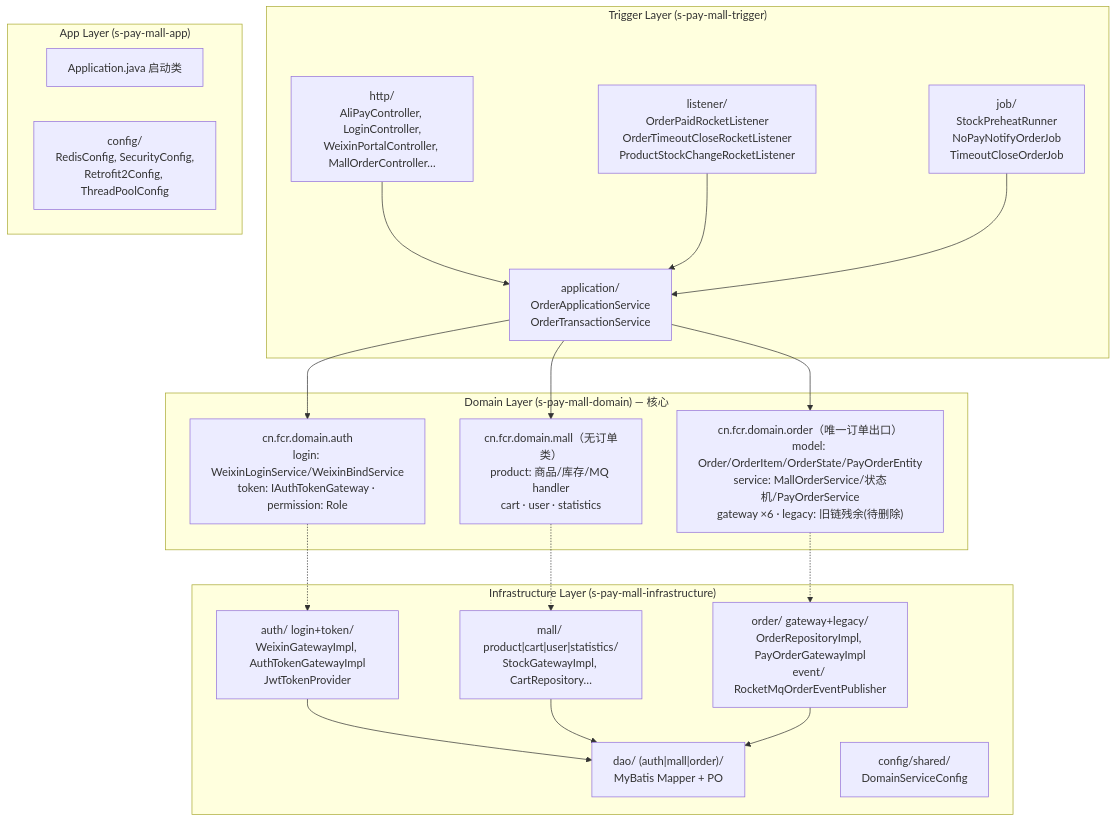
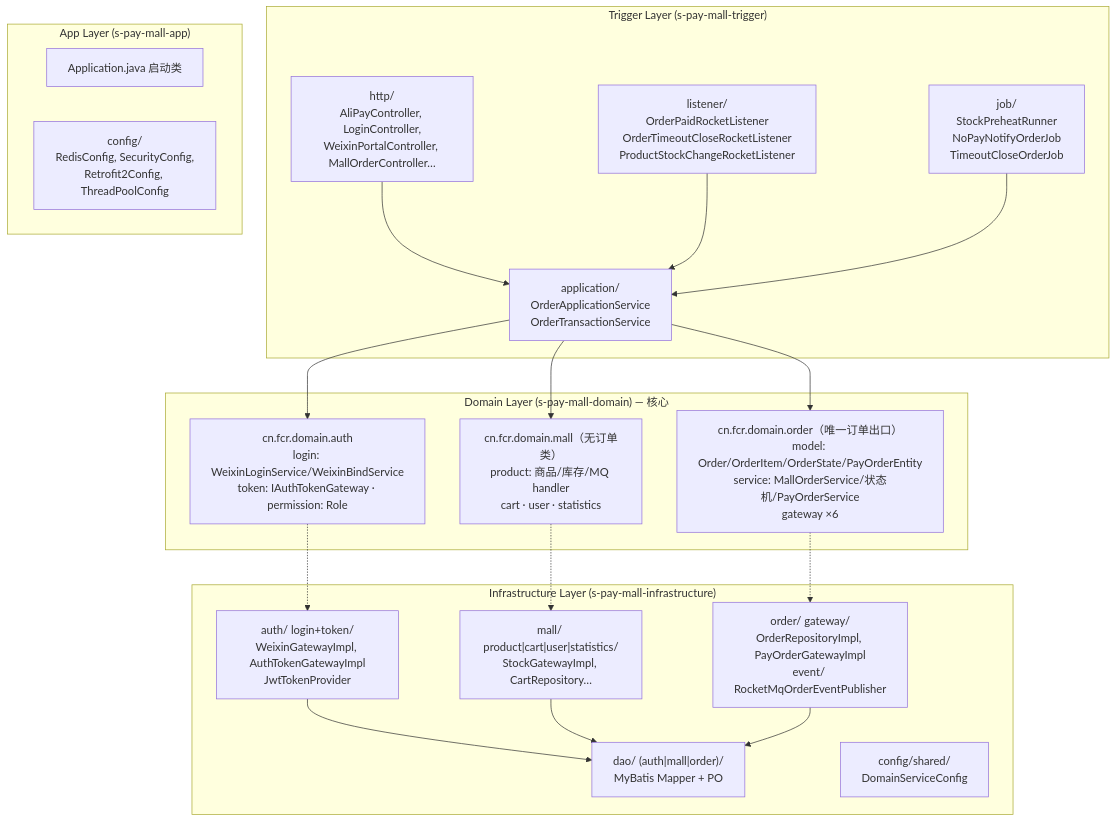
Before and after one commit to sxlva/s-pay-mall: the first of 2 diagrams in docs/design/README.md, drawn with Mermaid. The commit also changed other lines of this file and 23 other files, not shown here.

Commit message:
refactor(order): legacy 整体下线——删旧链双包与绑定测试，守卫规则 5 防回潮，P0-1 关闭（步骤C）

````diff
--- a/docs/design/README.md
+++ b/docs/design/README.md
@@ -12,41 +12,41 @@
 ```mermaid
 flowchart TB
     subgraph Trigger["Trigger Layer (s-pay-mall-trigger)"]
         T1["http/<br/>AliPayController, LoginController,<br/>WeixinPortalController, MallOrderController…"]
         T2["listener/<br/>OrderPaidRocketListener<br/>OrderTimeoutCloseRocketListener<br/>ProductStockChangeRocketListener"]
         T3["job/<br/>StockPreheatRunner<br/>NoPayNotifyOrderJob<br/>TimeoutCloseOrderJob"]
         T4["application/<br/>OrderApplicationService<br/>OrderTransactionService"]
     end
 
     subgraph App["App Layer (s-pay-mall-app)"]
         A1["Application.java 启动类"]
         A2["config/<br/>RedisConfig, SecurityConfig,<br/>Retrofit2Config, ThreadPoolConfig"]
     end
 
     subgraph Domain["Domain Layer (s-pay-mall-domain) — 核心"]
         D1["cn.fcr.domain.auth<br/>login: WeixinLoginService/WeixinBindService<br/>token: IAuthTokenGateway · permission: Role"]
         D2["cn.fcr.domain.mall（无订单类）<br/>product: 商品/库存/MQ handler<br/>cart · user · statistics"]
-        D3["cn.fcr.domain.order（唯一订单出口）<br/>model: Order/OrderItem/OrderState/PayOrderEntity<br/>service: MallOrderService/状态机/PayOrderService<br/>gateway ×6 · legacy: 旧链残余(待删除)"]
+        D3["cn.fcr.domain.order（唯一订单出口）<br/>model: Order/OrderItem/OrderState/PayOrderEntity<br/>service: MallOrderService/状态机/PayOrderService<br/>gateway ×6"]
     end
 
     subgraph Infra["Infrastructure Layer (s-pay-mall-infrastructure)"]
         I1["auth/ login+token/<br/>WeixinGatewayImpl, AuthTokenGatewayImpl<br/>JwtTokenProvider"]
         I2["mall/ product|cart|user|statistics/<br/>StockGatewayImpl, CartRepository…"]
-        I3["order/ gateway+legacy/<br/>OrderRepositoryImpl, PayOrderGatewayImpl<br/>event/ RocketMqOrderEventPublisher"]
+        I3["order/ gateway/<br/>OrderRepositoryImpl, PayOrderGatewayImpl<br/>event/ RocketMqOrderEventPublisher"]
         I4["dao/ (auth|mall|order)/<br/>MyBatis Mapper + PO"]
         I5["config/shared/<br/>DomainServiceConfig"]
     end
 
     T1 --> T4
     T2 --> T4
     T3 --> T4
     T4 --> D1
     T4 --> D2
     T4 --> D3
     D1 -.-> I1
     D2 -.-> I2
     D3 -.-> I3
     I1 --> I4
     I2 --> I4
     I3 --> I4
 ```
````
